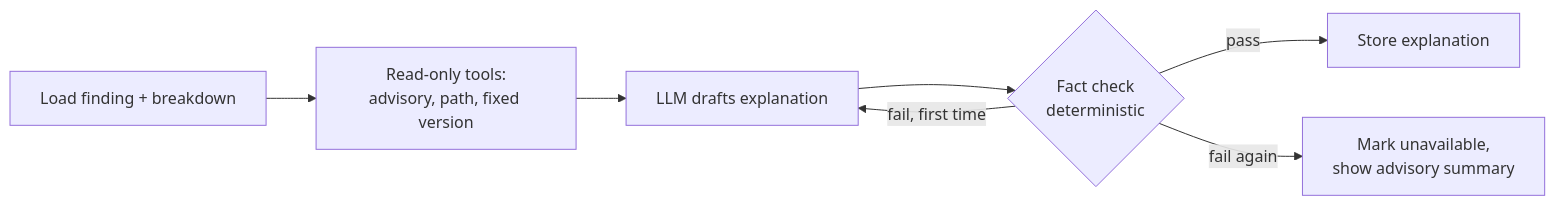
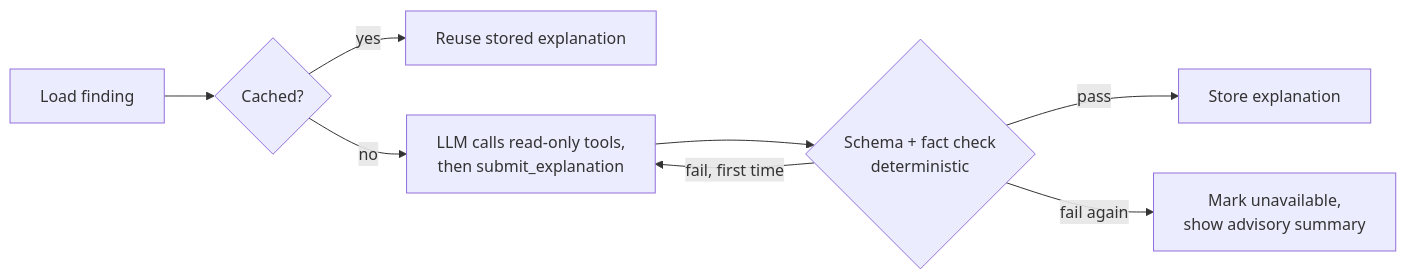
Before and after one commit to ManavSanghvi02/depguard: the diagram in docs/adr/0013-explanation-agent-and-llm.md, drawn with Mermaid. The commit also changed other lines of this file and 37 other files, not shown here.

First line of the commit message:
feat: explanation agent (Phase 4a)

````diff
--- a/docs/adr/0013-explanation-agent-and-llm.md
+++ b/docs/adr/0013-explanation-agent-and-llm.md
@@ -27,9 +27,10 @@
 ```mermaid
 flowchart LR
-  load[Load finding + breakdown] --> ctx[Read-only tools:<br/>advisory, path, fixed version]
-  ctx --> draft[LLM drafts explanation]
-  draft --> check{Fact check<br/>deterministic}
+  load[Load finding] --> cache{Cached?}
+  cache -- yes --> done[Reuse stored explanation]
+  cache -- no --> agent[LLM calls read-only tools,<br/>then submit_explanation]
+  agent --> check{Schema + fact check<br/>deterministic}
   check -- pass --> store[Store explanation]
-  check -- fail, first time --> draft
+  check -- fail, first time --> agent
   check -- fail again --> fallback[Mark unavailable,<br/>show advisory summary]
 ```
````
